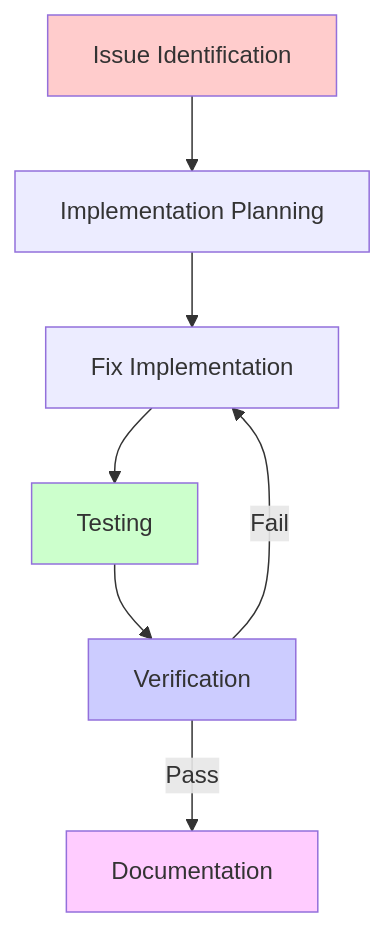
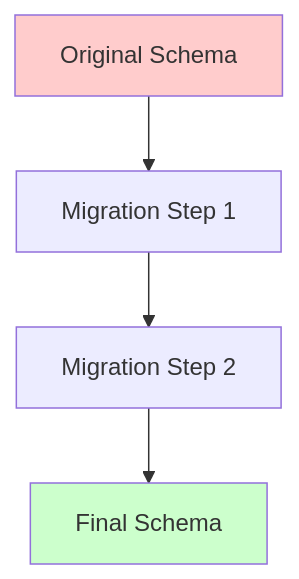
Before and after one commit to seanwhaley/USASpending: the first of 6 diagrams in docs/templates/07_implementation_template.md, drawn with Mermaid. The commit also changed other lines of this file and 14 other files, not shown here.

Commit message:
Rewrote template folder files to improve outcomes in documentation. including final report before making these changes.

````diff
--- a/docs/templates/07_implementation_template.md
+++ b/docs/templates/07_implementation_template.md
@@ -14,14 +31,9 @@
 ```mermaid
-flowchart TD
-    A[Issue Identification] --> B[Implementation Planning]
-    B --> C[Fix Implementation]
-    C --> D[Testing]
-    D --> E[Verification]
-    E -->|Pass| F[Documentation]
-    E -->|Fail| C
+graph TD
+    A[Original Schema] --> B[Migration Step 1]
+    B --> C[Migration Step 2]
+    C --> D[Final Schema]
     
     style A fill:#ffcccc
     style D fill:#ccffcc
-    style E fill:#ccccff
-    style F fill:#ffccff
 ```
````
